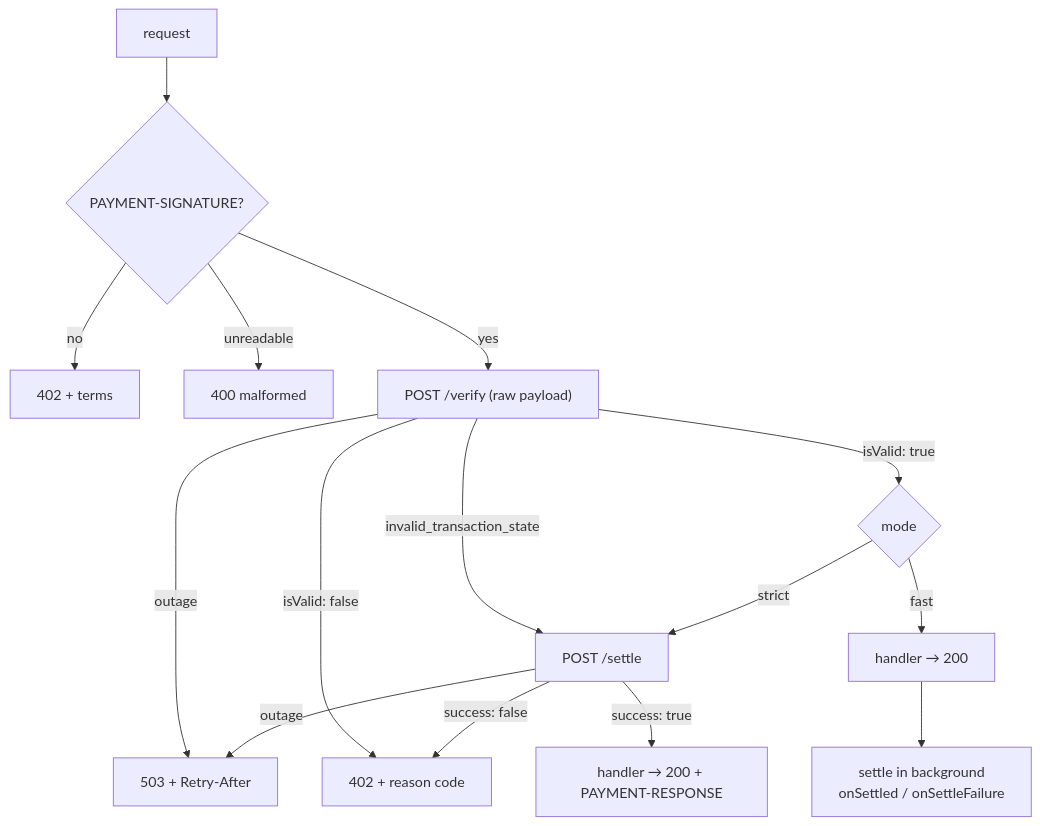
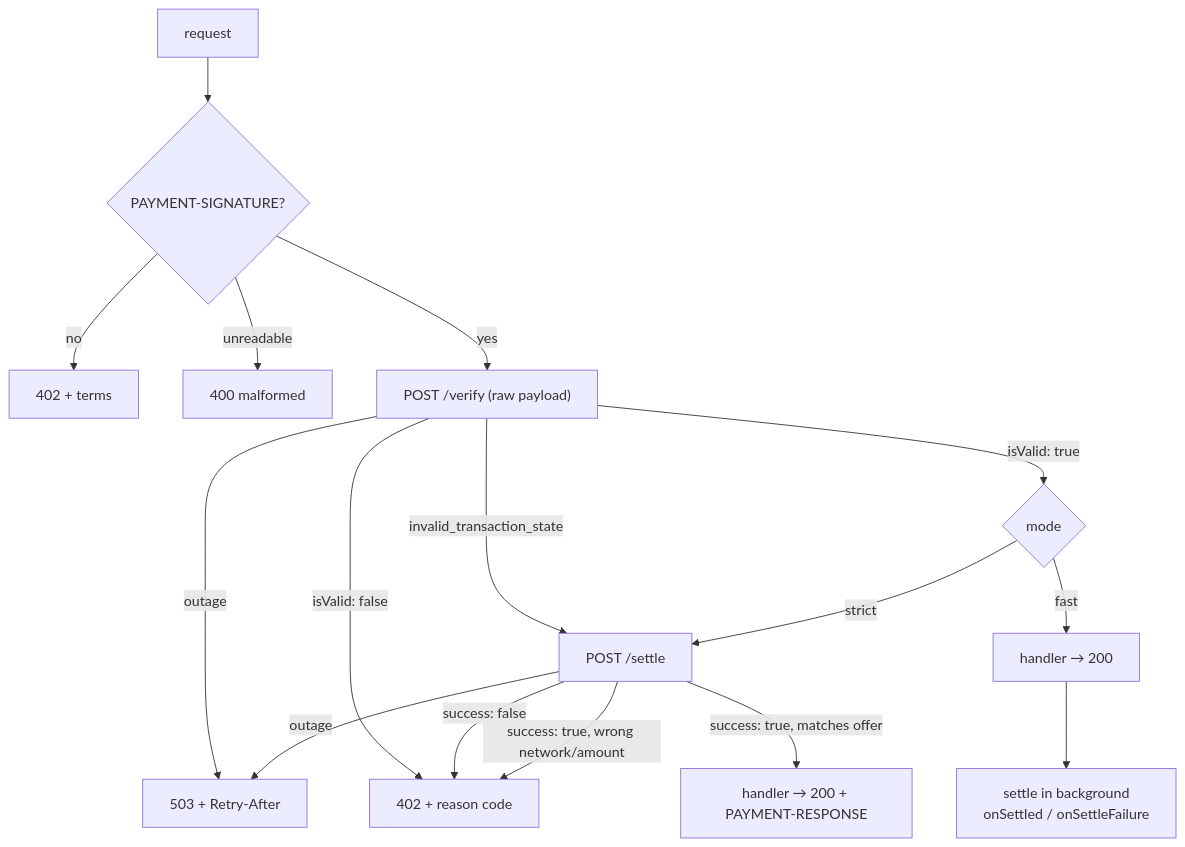
The diagram in docs/guides/sell.md (yannickrocks/sui-x402), drawn with Mermaid before and after one commit. The commit also changed other lines of this file and 12 other files, not shown here.

````diff
--- a/docs/guides/sell.md
+++ b/docs/guides/sell.md
@@ -104,16 +104,17 @@
 ```mermaid
 flowchart TD
   R[request] --> H{PAYMENT-SIGNATURE?}
   H -- no --> P402["402 + terms"]
   H -- unreadable --> P400["400 malformed"]
   H -- yes --> V["POST /verify (raw payload)"]
   V -- "outage" --> P503["503 + Retry-After"]
   V -- "isValid: false" --> P402r["402 + reason code"]
   V -- "invalid_transaction_state" --> St
   V -- "isValid: true" --> M{mode}
   M -- strict --> St["POST /settle"]
   St -- "outage" --> P503
   St -- "success: false" --> P402r
-  St -- "success: true" --> OK["handler → 200 + PAYMENT-RESPONSE"]
+  St -- "success: true, matches offer" --> OK["handler → 200 + PAYMENT-RESPONSE"]
+  St -- "success: true, wrong network/amount" --> P402r
   M -- fast --> FK["handler → 200"] --> BG["settle in background<br/>onSettled / onSettleFailure"]
 ```
````
